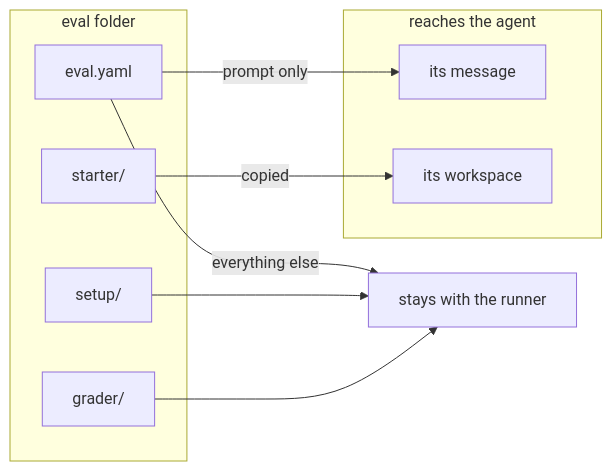
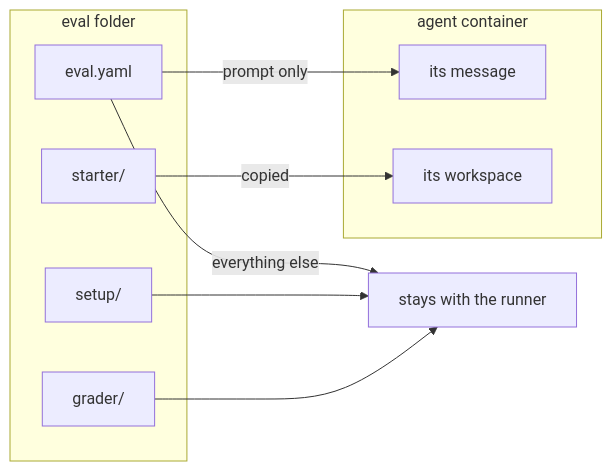
The second of 5 diagrams in docs/eval-spec.md (BuidlGuidl/ethevals), drawn with Mermaid before and after one commit. The commit also changed other lines of this file and 1 other file, not shown here.

````diff
--- a/docs/eval-spec.md
+++ b/docs/eval-spec.md
@@ -46,19 +150,19 @@
 ```mermaid
 flowchart LR
     subgraph eval["eval folder"]
         Y["eval.yaml"]
         S["starter/"]
         U["setup/"]
         G["grader/"]
     end
-    subgraph agent["reaches the agent"]
+    subgraph agent["agent container"]
         M["its message"]
         W["its workspace"]
     end
     RN["stays with the runner"]
     Y -->|"prompt only"| M
     S -->|"copied"| W
     Y -->|"everything else"| RN
     U --> RN
     G --> RN
 ```
````
